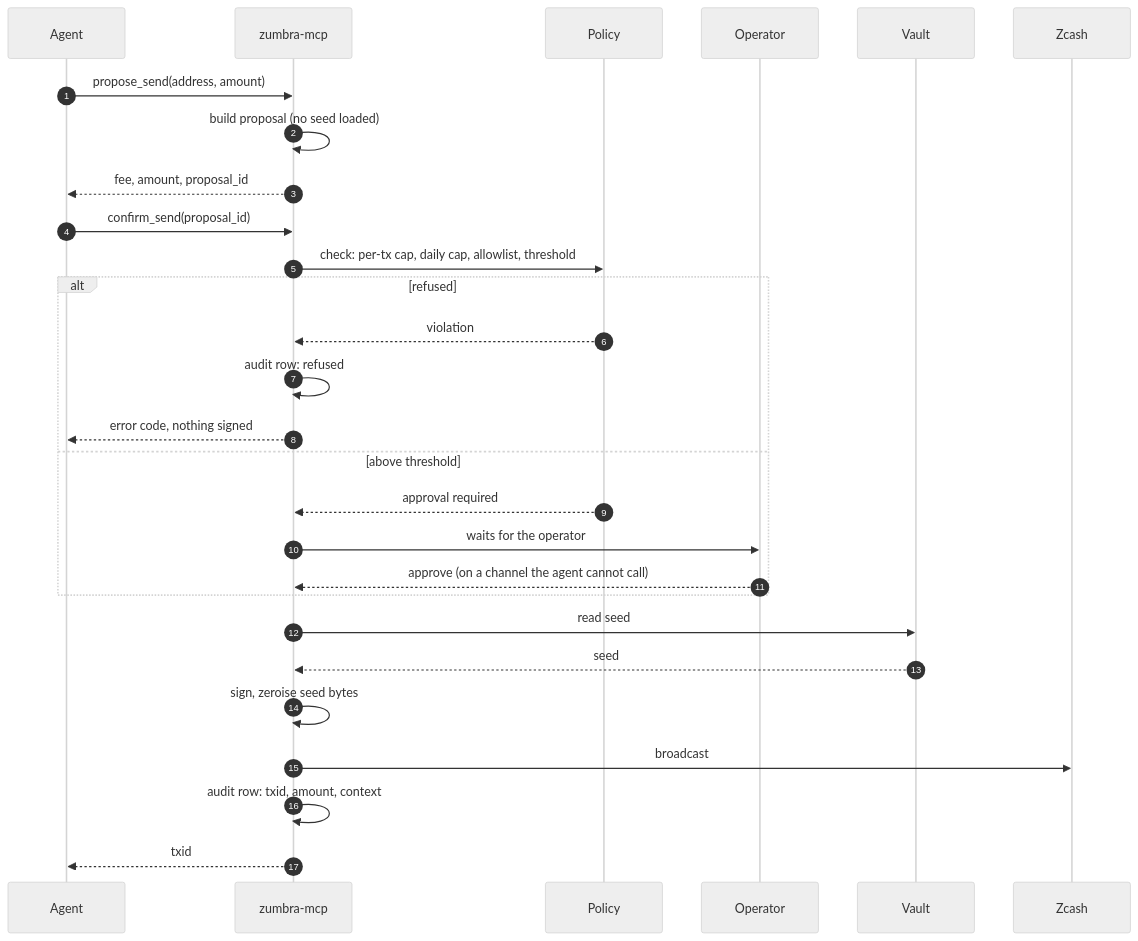
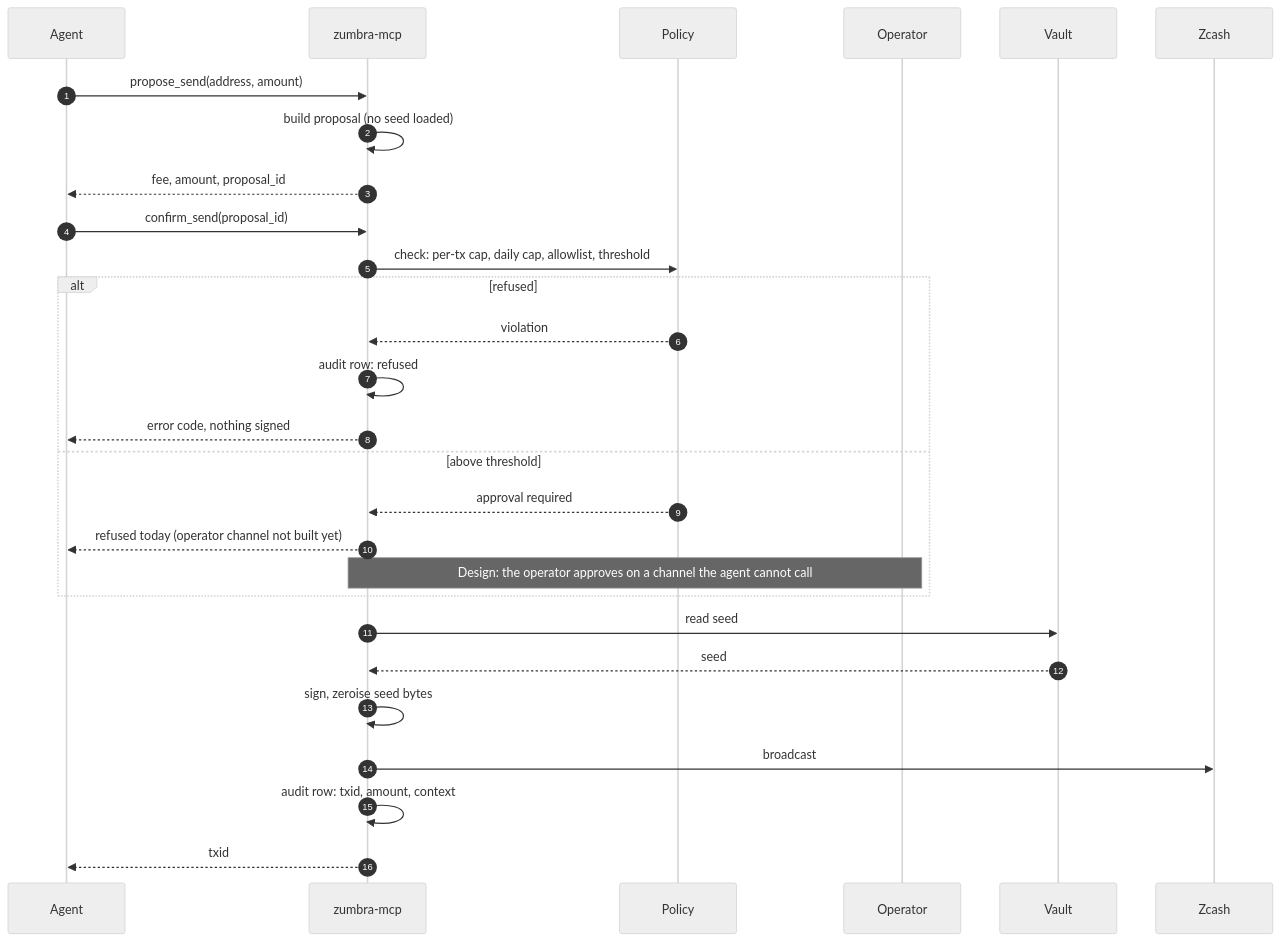
The second of 2 diagrams in docs/ARCHITECTURE.md (AIEngineerX/zumbra), drawn with Mermaid (neutral theme) before and after one commit. The commit also changed other lines of this file and 3 other files, not shown here.

First line of the commit message:
docs: quickstart from clone to MCP config; architecture page says what holds today

````diff
--- a/docs/ARCHITECTURE.md
+++ b/docs/ARCHITECTURE.md
@@ -52,31 +53,31 @@
 ```mermaid
 sequenceDiagram
     autonumber
     participant A as Agent
     participant M as zumbra-mcp
     participant P as Policy
     participant O as Operator
     participant V as Vault
     participant N as Zcash
 
     A->>M: propose_send(address, amount)
     M->>M: build proposal (no seed loaded)
     M-->>A: fee, amount, proposal_id
     A->>M: confirm_send(proposal_id)
     M->>P: check: per-tx cap, daily cap, allowlist, threshold
     alt refused
         P-->>M: violation
         M->>M: audit row: refused
         M-->>A: error code, nothing signed
     else above threshold
         P-->>M: approval required
-        M->>O: waits for the operator
-        O-->>M: approve (on a channel the agent cannot call)
+        M-->>A: refused today (operator channel not built yet)
+        Note over M,O: Design: the operator approves on a channel the agent cannot call
     end
     M->>V: read seed
     V-->>M: seed
     M->>M: sign, zeroise seed bytes
     M->>N: broadcast
     M->>M: audit row: txid, amount, context
     M-->>A: txid
 ```
````
